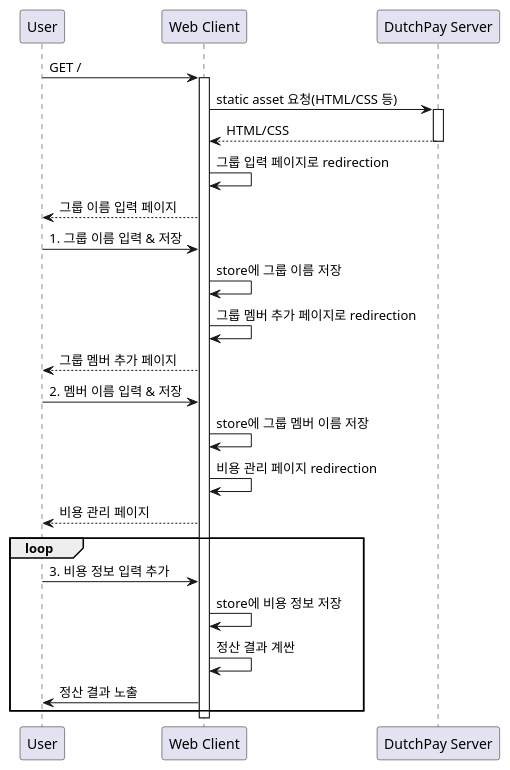
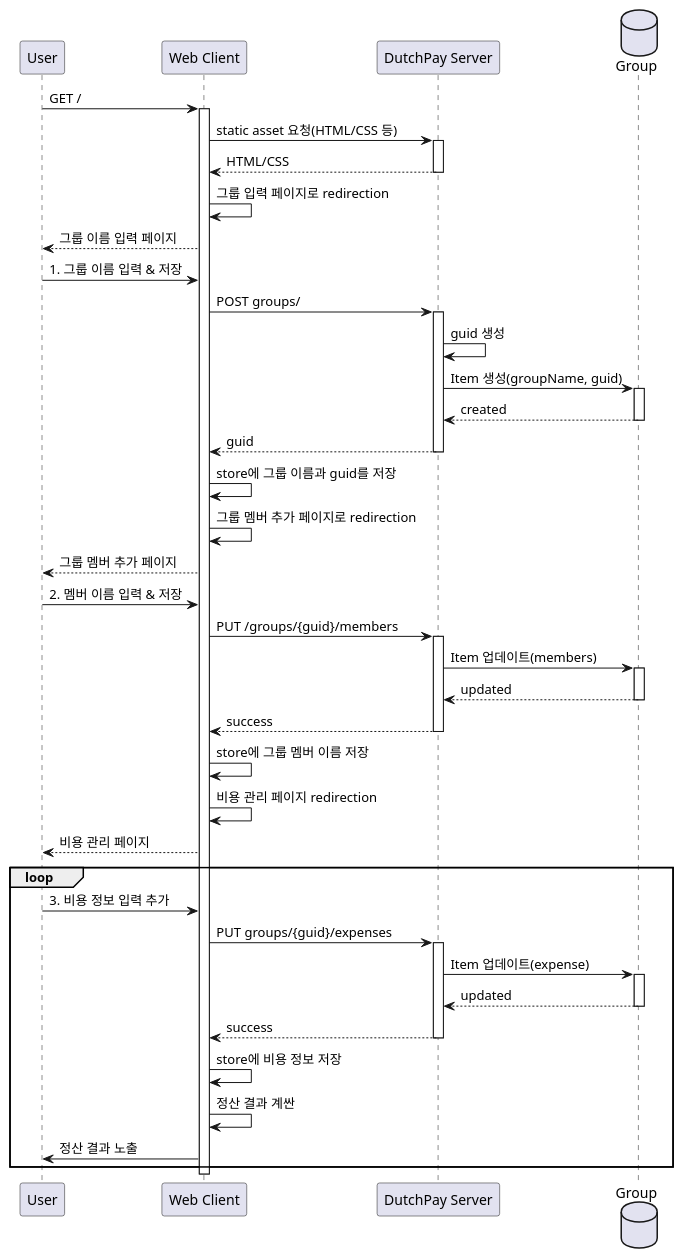
Before and after one commit to yangheat/dutch-pay-fastcampus: the diagram in docs/sequence_digram.plantuml, drawn with PlantUML.

Commit message:
순서 다이어그램 데이터베이스 항목 추가

```diff
--- a/docs/sequence_digram.plantuml
+++ b/docs/sequence_digram.plantuml
@@ -1,37 +1,58 @@
 @startuml DutchPay Service
 participant User as U
 participant "Web Client" as C
 participant "DutchPay Server" as S
+database "Group" as DB
 
+' 실선: 요청, 점선: 응답
 U -> C: GET /
 activate C
-C -> S: static asset 요청(HTML/CSS 등)
-activate S
-S --> C: HTML/CSS
-deactivate S
-
-C -> C: 그룹 입력 페이지로 redirection
+    C -> S: static asset 요청(HTML/CSS 등)
+    activate S
+        S --> C: HTML/CSS
+    deactivate S
+    C -> C: 그룹 입력 페이지로 redirection
 C --> U: 그룹 이름 입력 페이지
-
 U -> C: 1. 그룹 이름 입력 & 저장
-C -> C: store에 그룹 이름 저장
-C -> C: 그룹 멤버 추가 페이지로 redirection
-
+    C -> S: POST groups/
+    activate S
+        S -> S: guid 생성
+        S -> DB: Item 생성(groupName, guid)
+        activate DB
+            DB --> S: created
+        deactivate DB
+    S --> C: guid
+    deactivate S
+    C -> C: store에 그룹 이름과 guid를 저장
+    C -> C: 그룹 멤버 추가 페이지로 redirection
 C --> U: 그룹 멤버 추가 페이지
 U -> C: 2. 멤버 이름 입력 & 저장
-C -> C: store에 그룹 멤버 이름 저장
-C -> C: 비용 관리 페이지 redirection
+    C -> S: PUT /groups/{guid}/members
+    activate S
+        S -> DB: Item 업데이트(members)
+        activate DB
+            DB --> S: updated
+        deactivate DB
+        S --> C: success
+    deactivate S
+    C -> C: store에 그룹 멤버 이름 저장
+    C -> C: 비용 관리 페이지 redirection
 C --> U: 비용 관리 페이지
-
 loop
     U -> C: 3. 비용 정보 입력 추가
-    C -> C: store에 비용 정보 저장
-    C -> C: 정산 결과 계싼
+        C -> S: PUT groups/{guid}/expenses
+        activate S
+            S -> DB: Item 업데이트(expense)
+            activate DB
+                DB --> S: updated
+            deactivate DB
+            S --> C: success
+        deactivate S
+        C -> C: store에 비용 정보 저장
+        C -> C: 정산 결과 계싼
     C -> U: 정산 결과 노출
 end
-
-
 
 deactivate C
 
 @enduml
```
